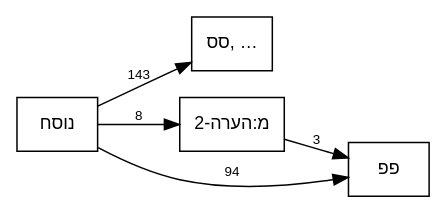
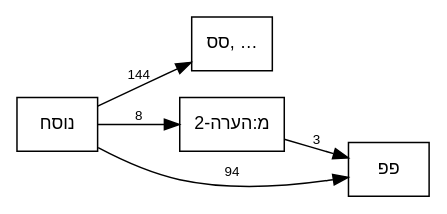
The diagram in out/tmpl-survey-plus/plus-call-graph-c.dot (bdenckla/MAM-basics), drawn with Graphviz before and after one commit. The commit also changed 40 other files, not shown here.

```diff
--- a/out/tmpl-survey-plus/plus-call-graph-c.dot
+++ b/out/tmpl-survey-plus/plus-call-graph-c.dot
@@ -1,26 +1,26 @@
 // This file was generated by MAM-basics/py/main_tmpl_survey.py.
 // Do not edit by hand.
 digraph template_call_graph {
     rankdir=LR;
     node [fontname="Helvetica", fontsize=12];
     edge [fontname="Helvetica", fontsize=9];
     graph [comment="This file was generated by MAM-basics/py/main_tmpl_survey.py."];
 
     // Template nodes
     node [shape=box, style=""];
     "סס, …" [tooltip="מ:אין פרשה בתחילת פרק
 מ:אין פרשה בתחילת פרק בספרי אמ״ת
 מ:קישור בהערה
 סס
 ססס
 פפפ
 ר1
 ר4
 ש"];
 
     // Edges
     "מ:הערה-2" -> "פפ" [label="3"];
     "נוסח" -> "מ:הערה-2" [label="8"];
-    "נוסח" -> "סס, …" [label="143"];
+    "נוסח" -> "סס, …" [label="144"];
     "נוסח" -> "פפ" [label="94"];
 }
```
